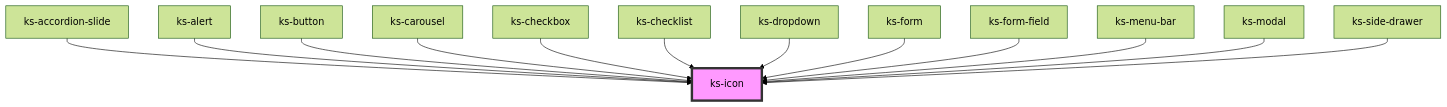
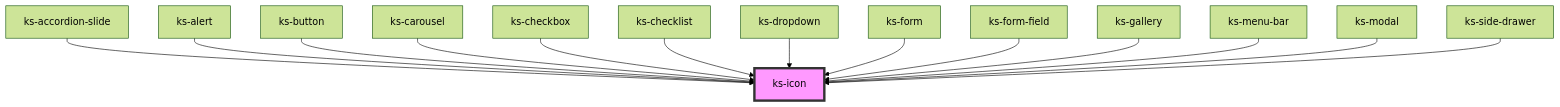
The diagram in src/scripts/components/icon/readme.md (kickstand-ui/kickstand-ui), drawn with Mermaid (forest theme) before and after one commit. The commit also changed other lines of this file and 11 other files, not shown here.

````diff
--- a/src/scripts/components/icon/readme.md
+++ b/src/scripts/components/icon/readme.md
@@ -34,16 +35,17 @@
 ```mermaid
 graph TD;
   ks-accordion-slide --> ks-icon
   ks-alert --> ks-icon
   ks-button --> ks-icon
   ks-carousel --> ks-icon
   ks-checkbox --> ks-icon
   ks-checklist --> ks-icon
   ks-dropdown --> ks-icon
   ks-form --> ks-icon
   ks-form-field --> ks-icon
+  ks-gallery --> ks-icon
   ks-menu-bar --> ks-icon
   ks-modal --> ks-icon
   ks-side-drawer --> ks-icon
   style ks-icon fill:#f9f,stroke:#333,stroke-width:4px
 ```
````
